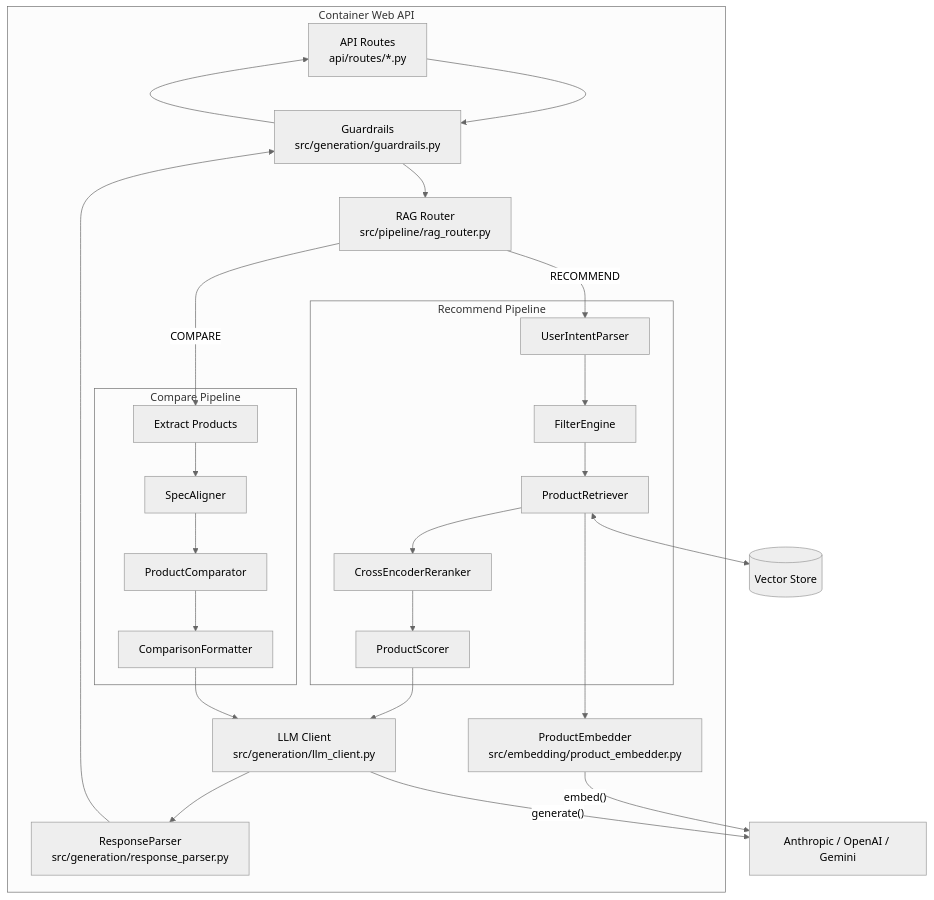
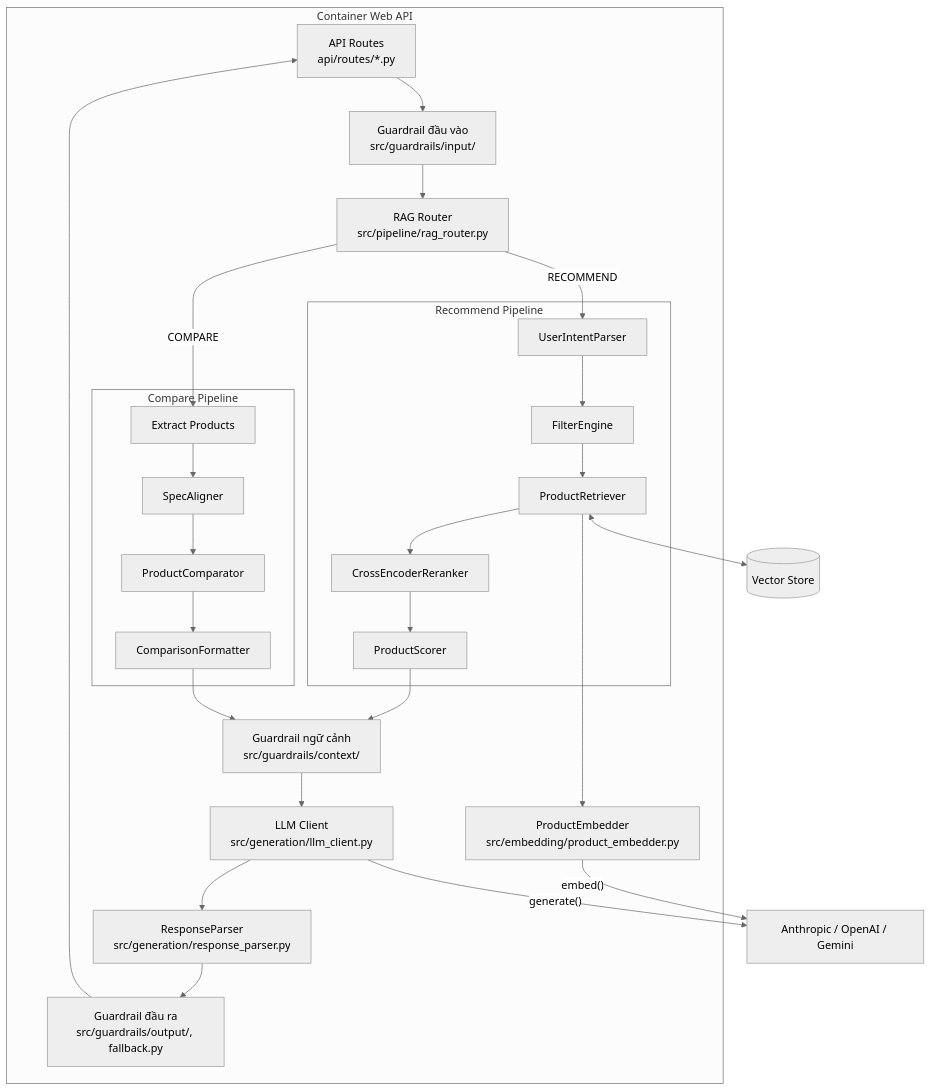
One commit to nxhawk/techscout-rag-recommend changed the third of 3 diagrams in docs/architecture/c4-model.vi.md. Above: the diagram before and after it, drawn with Mermaid (neutral theme). The commit also changed other lines of this file and 72 other files, not shown here.

````diff
--- a/docs/architecture/c4-model.vi.md
+++ b/docs/architecture/c4-model.vi.md
@@ -131,46 +131,49 @@
 ```mermaid
 flowchart TB
     subgraph API["Container Web API"]
         Routes["API Routes\napi/routes/*.py"]
-        Guard["Guardrails\nsrc/generation/guardrails.py"]
+        GuardIn["Guardrail đầu vào\nsrc/guardrails/input/"]
         Router["RAG Router\nsrc/pipeline/rag_router.py"]
 
         subgraph Rec["Recommend Pipeline"]
             IntentP["UserIntentParser"]
             FilterE["FilterEngine"]
             Retriever["ProductRetriever"]
             Reranker["CrossEncoderReranker"]
             Scorer["ProductScorer"]
         end
 
         subgraph Cmp["Compare Pipeline"]
             Extract["Extract Products"]
             Aligner["SpecAligner"]
             Comparator["ProductComparator"]
             Formatter["ComparisonFormatter"]
         end
 
+        GuardCtx["Guardrail ngữ cảnh\nsrc/guardrails/context/"]
         LLMClient["LLM Client\nsrc/generation/llm_client.py"]
         RespParser["ResponseParser\nsrc/generation/response_parser.py"]
+        GuardOut["Guardrail đầu ra\nsrc/guardrails/output/, fallback.py"]
         Embedder["ProductEmbedder\nsrc/embedding/product_embedder.py"]
     end
 
     VDB[("Vector Store")]
     Providers["Anthropic / OpenAI / Gemini"]
 
-    Routes --> Guard --> Router
+    Routes --> GuardIn --> Router
     Router -->|RECOMMEND| IntentP --> FilterE --> Retriever
     Retriever --> Reranker --> Scorer
     Router -->|COMPARE| Extract --> Aligner --> Comparator --> Formatter
 
     Retriever <--> VDB
     Retriever --> Embedder
     Embedder -- "embed()" --> Providers
 
-    Scorer --> LLMClient
-    Formatter --> LLMClient
+    Scorer --> GuardCtx
+    Formatter --> GuardCtx
+    GuardCtx --> LLMClient
     LLMClient -- "generate()" --> Providers
     LLMClient --> RespParser
-    RespParser --> Guard
-    Guard --> Routes
+    RespParser --> GuardOut
+    GuardOut --> Routes
 ```
````
